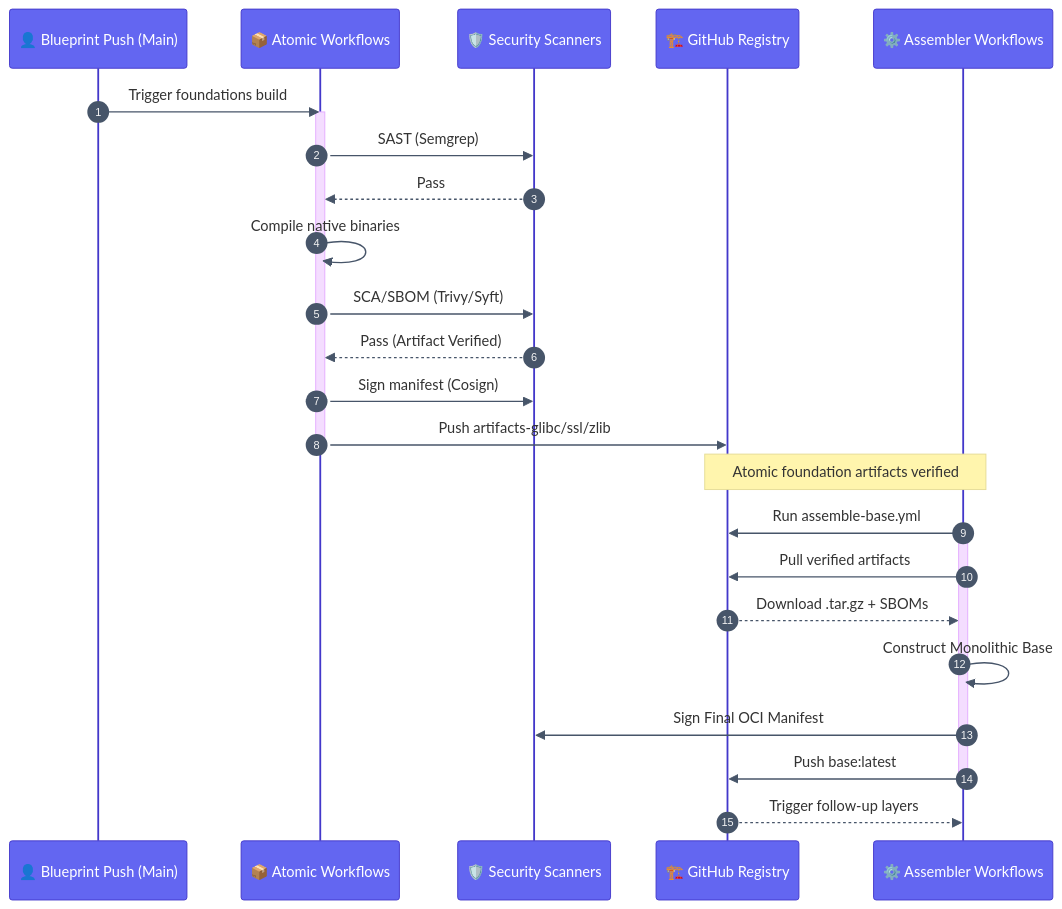
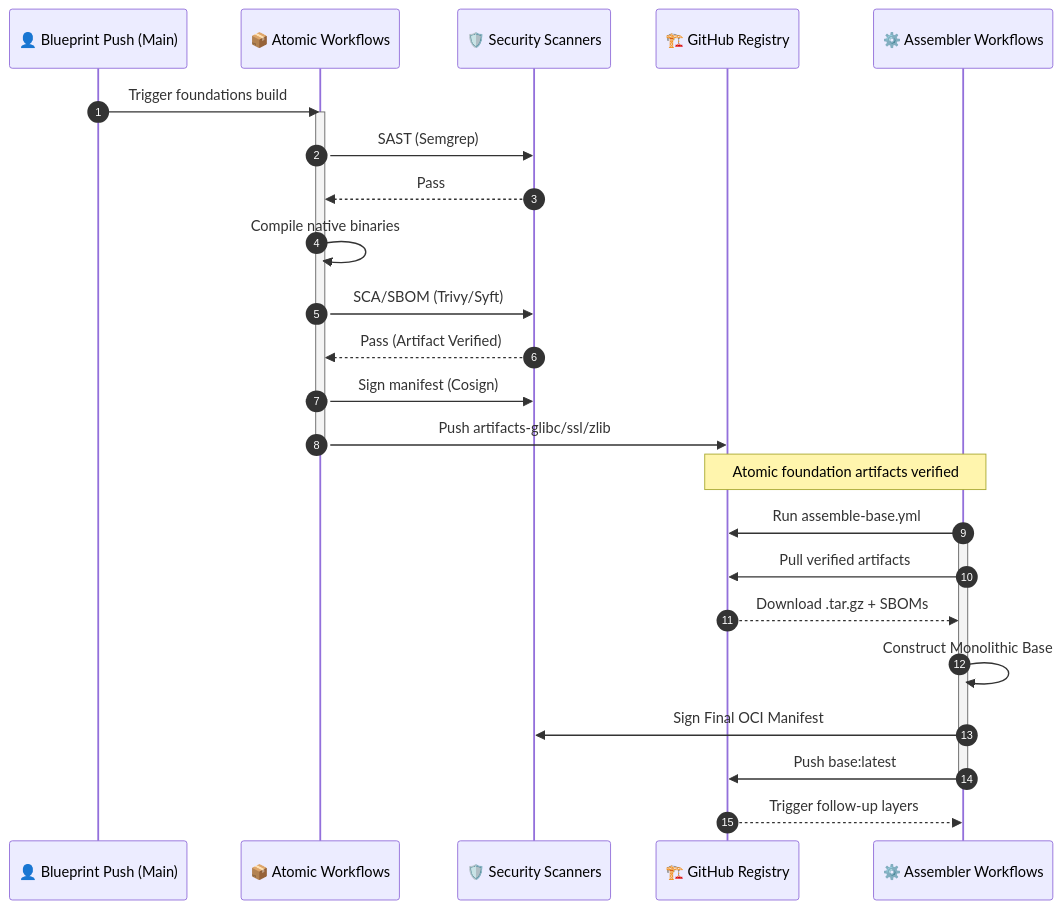
The diagram in docs/mermaid/pipeline_flow.mmd (mbuccarello/distroless-the-hard-way), drawn with Mermaid before and after one commit. The commit also changed 53 other files, not shown here.

```diff
--- a/docs/mermaid/pipeline_flow.mmd
+++ b/docs/mermaid/pipeline_flow.mmd
@@ -1,35 +1,34 @@
-%%{init: {'theme': 'base', 'themeVariables': { 'actorBkg': '#6366f1', 'actorTextColor': '#ffffff', 'actorBorder': '#4338ca', 'noteBkg': '#f8fafc', 'noteBorder': '#cbd5e1', 'signalColor': '#475569', 'loopTextColor': '#1e293b' }}}%%
 sequenceDiagram
     autonumber
     participant Dev as 👤 Blueprint Push (Main)
     participant Atomic as 📦 Atomic Workflows
     participant Security as 🛡️ Security Scanners
     participant Reg as 🏗️ GitHub Registry
     participant Assembler as ⚙️ Assembler Workflows
     
     Dev->>Atomic: Trigger foundations build
     activate Atomic
     
     Atomic->>Security: SAST (Semgrep)
     Security-->>Atomic: Pass
     Atomic->>Atomic: Compile native binaries
     Atomic->>Security: SCA/SBOM (Trivy/Syft)
     Security-->>Atomic: Pass (Artifact Verified)
     Atomic->>Security: Sign manifest (Cosign)
     
     Atomic->>Reg: Push artifacts-glibc/ssl/zlib
     deactivate Atomic
     
     Note over Reg, Assembler: Atomic foundation artifacts verified
     
     Assembler->>Reg: Run assemble-base.yml
     activate Assembler
     Assembler->>Reg: Pull verified artifacts
     Reg-->>Assembler: Download .tar.gz + SBOMs
     
     Assembler->>Assembler: Construct Monolithic Base
     Assembler->>Security: Sign Final OCI Manifest
     Assembler->>Reg: Push base:latest
     deactivate Assembler
     
     Reg-->>Assembler: Trigger follow-up layers
```
